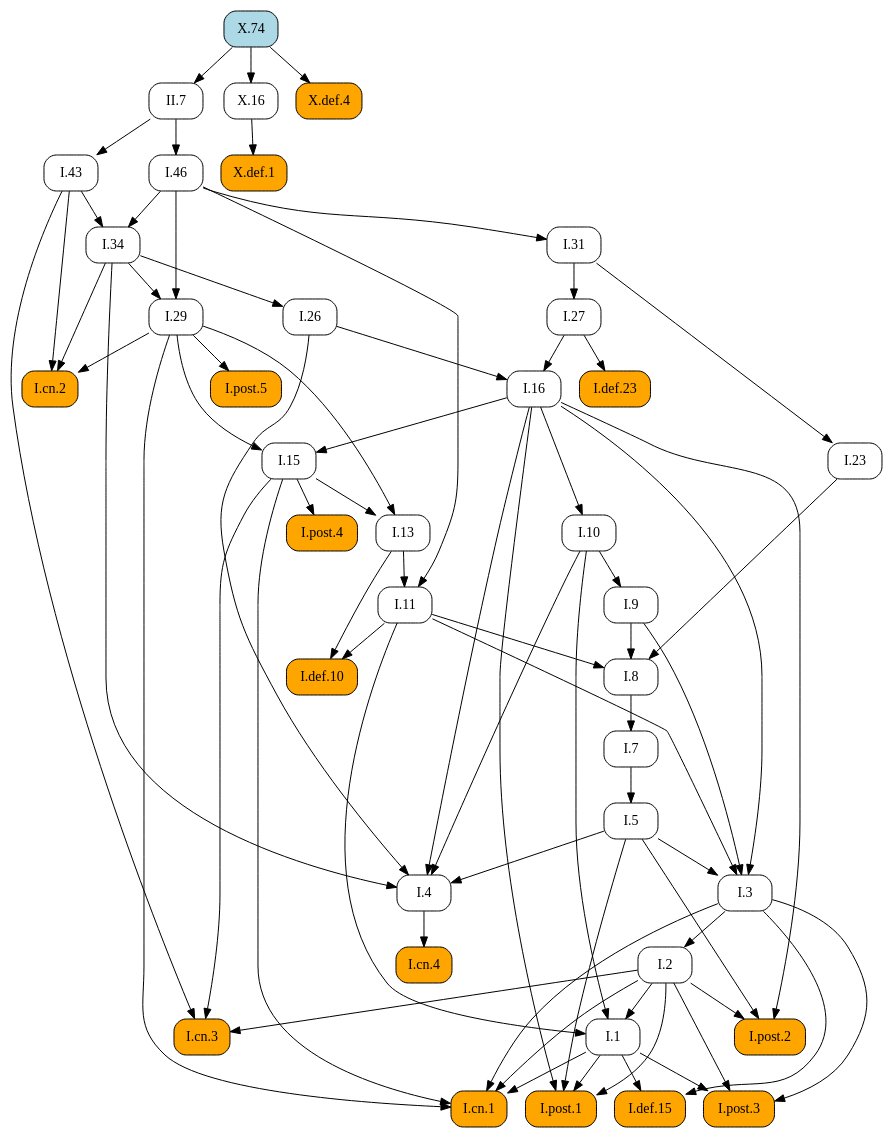
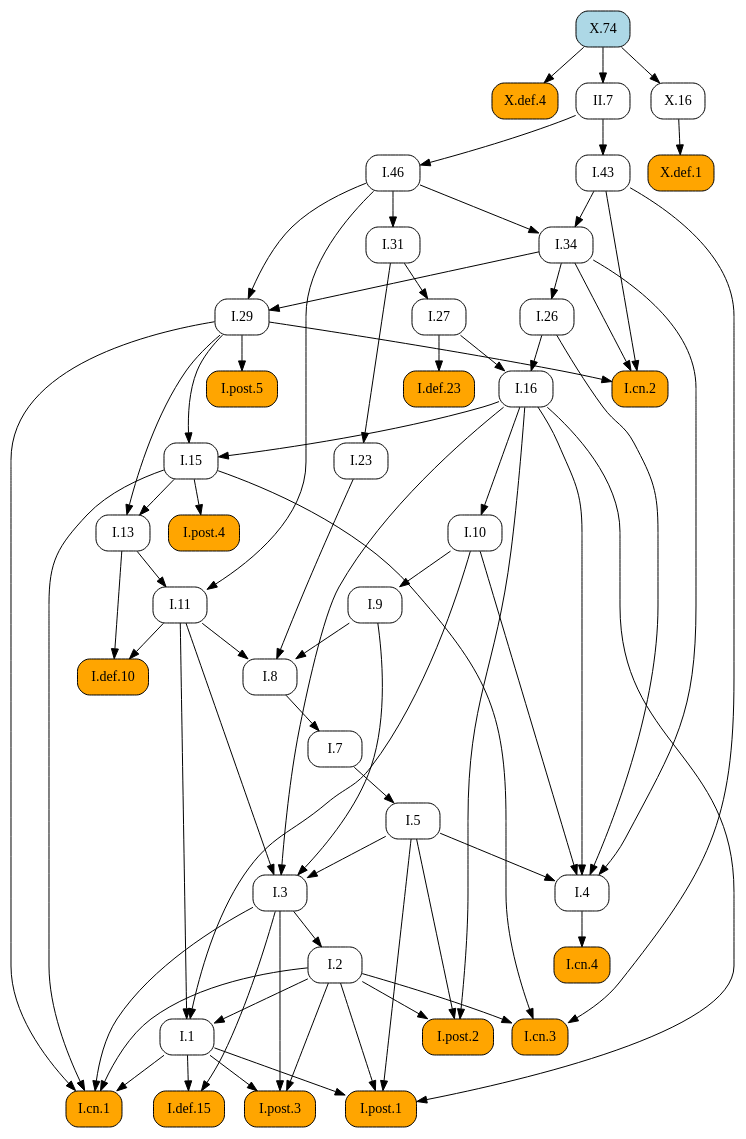
One commit to geometor/elements changed the diagram in docsrc/heath/X/74/index.rst. Above: the diagram before and after it, drawn with Graphviz. The commit also changed other lines of this file and 484 other files, not shown here.

```diff
--- a/docsrc/heath/X/74/index.rst
+++ b/docsrc/heath/X/74/index.rst
@@ -39,113 +39,113 @@
    digraph {
      rankdir="TB";
      node [shape=box, style=rounded];
-     "I.def.10" [style="rounded,filled", fillcolor=orange, URL="/heath/I/def.10/", target="_top"];
-     "I.11" [URL="/heath/I/11/", target="_top"];
-     "I.post.4" [style="rounded,filled", fillcolor=orange, URL="/heath/I/post.4/", target="_top"];
-     "I.1" [URL="/heath/I/1/", target="_top"];
-     "I.26" [URL="/heath/I/26/", target="_top"];
-     "I.29" [URL="/heath/I/29/", target="_top"];
-     "I.cn.2" [style="rounded,filled", fillcolor=orange, URL="/heath/I/cn.2/", target="_top"];
-     "X.def.1" [style="rounded,filled", fillcolor=orange, URL="/heath/X/def.1/", target="_top"];
+     "I.23" [URL="/heath/I/23/", target="_top"];
+     "I.9" [URL="/heath/I/9/", target="_top"];
      "I.def.15" [style="rounded,filled", fillcolor=orange, URL="/heath/I/def.15/", target="_top"];
      "I.post.3" [style="rounded,filled", fillcolor=orange, URL="/heath/I/post.3/", target="_top"];
-     "I.cn.1" [style="rounded,filled", fillcolor=orange, URL="/heath/I/cn.1/", target="_top"];
-     "I.cn.3" [style="rounded,filled", fillcolor=orange, URL="/heath/I/cn.3/", target="_top"];
-     "I.23" [URL="/heath/I/23/", target="_top"];
+     "I.post.1" [style="rounded,filled", fillcolor=orange, URL="/heath/I/post.1/", target="_top"];
      "I.43" [URL="/heath/I/43/", target="_top"];
-     "I.post.1" [style="rounded,filled", fillcolor=orange, URL="/heath/I/post.1/", target="_top"];
-     "I.10" [URL="/heath/I/10/", target="_top"];
+     "I.31" [URL="/heath/I/31/", target="_top"];
+     "I.def.10" [style="rounded,filled", fillcolor=orange, URL="/heath/I/def.10/", target="_top"];
+     "X.def.4" [style="rounded,filled", fillcolor=orange, URL="/heath/X/def.4/", target="_top"];
+     "X.74" [style="rounded,filled", fillcolor=lightblue, URL="/heath/X/74/", target="_top"];
      "I.27" [URL="/heath/I/27/", target="_top"];
-     "I.46" [URL="/heath/I/46/", target="_top"];
-     "I.7" [URL="/heath/I/7/", target="_top"];
+     "II.7" [URL="/heath/II/7/", target="_top"];
      "I.34" [URL="/heath/I/34/", target="_top"];
      "I.3" [URL="/heath/I/3/", target="_top"];
+     "I.cn.1" [style="rounded,filled", fillcolor=orange, URL="/heath/I/cn.1/", target="_top"];
+     "I.7" [URL="/heath/I/7/", target="_top"];
      "I.2" [URL="/heath/I/2/", target="_top"];
+     "I.13" [URL="/heath/I/13/", target="_top"];
+     "I.post.4" [style="rounded,filled", fillcolor=orange, URL="/heath/I/post.4/", target="_top"];
+     "X.def.1" [style="rounded,filled", fillcolor=orange, URL="/heath/X/def.1/", target="_top"];
      "I.4" [URL="/heath/I/4/", target="_top"];
+     "X.16" [URL="/heath/X/16/", target="_top"];
+     "I.1" [URL="/heath/I/1/", target="_top"];
+     "I.5" [URL="/heath/I/5/", target="_top"];
+     "I.8" [URL="/heath/I/8/", target="_top"];
+     "I.29" [URL="/heath/I/29/", target="_top"];
+     "I.cn.3" [style="rounded,filled", fillcolor=orange, URL="/heath/I/cn.3/", target="_top"];
+     "I.16" [URL="/heath/I/16/", target="_top"];
+     "I.15" [URL="/heath/I/15/", target="_top"];
+     "I.10" [URL="/heath/I/10/", target="_top"];
+     "I.11" [URL="/heath/I/11/", target="_top"];
      "I.def.23" [style="rounded,filled", fillcolor=orange, URL="/heath/I/def.23/", target="_top"];
-     "I.13" [URL="/heath/I/13/", target="_top"];
-     "II.7" [URL="/heath/II/7/", target="_top"];
-     "I.31" [URL="/heath/I/31/", target="_top"];
+     "I.cn.2" [style="rounded,filled", fillcolor=orange, URL="/heath/I/cn.2/", target="_top"];
+     "I.post.5" [style="rounded,filled", fillcolor=orange, URL="/heath/I/post.5/", target="_top"];
+     "I.cn.4" [style="rounded,filled", fillcolor=orange, URL="/heath/I/cn.4/", target="_top"];
      "I.post.2" [style="rounded,filled", fillcolor=orange, URL="/heath/I/post.2/", target="_top"];
-     "I.16" [URL="/heath/I/16/", target="_top"];
-     "I.9" [URL="/heath/I/9/", target="_top"];
-     "X.16" [URL="/heath/X/16/", target="_top"];
-     "I.8" [URL="/heath/I/8/", target="_top"];
-     "I.cn.4" [style="rounded,filled", fillcolor=orange, URL="/heath/I/cn.4/", target="_top"];
-     "I.15" [URL="/heath/I/15/", target="_top"];
-     "I.post.5" [style="rounded,filled", fillcolor=orange, URL="/heath/I/post.5/", target="_top"];
-     "X.74" [style="rounded,filled", fillcolor=lightblue, URL="/heath/X/74/", target="_top"];
-     "X.def.4" [style="rounded,filled", fillcolor=orange, URL="/heath/X/def.4/", target="_top"];
-     "I.5" [URL="/heath/I/5/", target="_top"];
-     "I.11" -> "I.def.10";
-     "I.13" -> "I.def.10";
-     "I.13" -> "I.11";
-     "I.46" -> "I.11";
-     "I.15" -> "I.post.4";
-     "I.2" -> "I.1";
-     "I.10" -> "I.1";
-     "I.11" -> "I.1";
-     "I.34" -> "I.26";
-     "I.34" -> "I.29";
-     "I.46" -> "I.29";
-     "I.29" -> "I.cn.2";
-     "I.34" -> "I.cn.2";
-     "I.43" -> "I.cn.2";
-     "X.16" -> "X.def.1";
+     "I.46" [URL="/heath/I/46/", target="_top"];
+     "I.26" [URL="/heath/I/26/", target="_top"];
+     "I.31" -> "I.23";
+     "I.10" -> "I.9";
      "I.1" -> "I.def.15";
      "I.3" -> "I.def.15";
      "I.1" -> "I.post.3";
      "I.2" -> "I.post.3";
      "I.3" -> "I.post.3";
-     "I.1" -> "I.cn.1";
-     "I.2" -> "I.cn.1";
-     "I.3" -> "I.cn.1";
-     "I.15" -> "I.cn.1";
-     "I.29" -> "I.cn.1";
-     "I.2" -> "I.cn.3";
-     "I.15" -> "I.cn.3";
-     "I.43" -> "I.cn.3";
-     "I.31" -> "I.23";
-     "II.7" -> "I.43";
      "I.1" -> "I.post.1";
      "I.2" -> "I.post.1";
      "I.5" -> "I.post.1";
      "I.16" -> "I.post.1";
-     "I.16" -> "I.10";
+     "II.7" -> "I.43";
+     "I.46" -> "I.31";
+     "I.11" -> "I.def.10";
+     "I.13" -> "I.def.10";
+     "X.74" -> "X.def.4";
      "I.31" -> "I.27";
-     "II.7" -> "I.46";
-     "I.8" -> "I.7";
+     "X.74" -> "II.7";
      "I.43" -> "I.34";
      "I.46" -> "I.34";
      "I.5" -> "I.3";
      "I.9" -> "I.3";
      "I.11" -> "I.3";
      "I.16" -> "I.3";
+     "I.1" -> "I.cn.1";
+     "I.2" -> "I.cn.1";
+     "I.3" -> "I.cn.1";
+     "I.15" -> "I.cn.1";
+     "I.29" -> "I.cn.1";
+     "I.8" -> "I.7";
      "I.3" -> "I.2";
+     "I.15" -> "I.13";
+     "I.29" -> "I.13";
+     "I.15" -> "I.post.4";
+     "X.16" -> "X.def.1";
      "I.5" -> "I.4";
      "I.10" -> "I.4";
      "I.16" -> "I.4";
      "I.26" -> "I.4";
      "I.34" -> "I.4";
+     "X.74" -> "X.16";
+     "I.2" -> "I.1";
+     "I.10" -> "I.1";
+     "I.11" -> "I.1";
+     "I.7" -> "I.5";
+     "I.9" -> "I.8";
+     "I.11" -> "I.8";
+     "I.23" -> "I.8";
+     "I.34" -> "I.29";
+     "I.46" -> "I.29";
+     "I.2" -> "I.cn.3";
+     "I.15" -> "I.cn.3";
+     "I.43" -> "I.cn.3";
+     "I.26" -> "I.16";
+     "I.27" -> "I.16";
+     "I.16" -> "I.15";
+     "I.29" -> "I.15";
+     "I.16" -> "I.10";
+     "I.13" -> "I.11";
+     "I.46" -> "I.11";
      "I.27" -> "I.def.23";
-     "I.15" -> "I.13";
-     "I.29" -> "I.13";
-     "X.74" -> "II.7";
-     "I.46" -> "I.31";
+     "I.29" -> "I.cn.2";
+     "I.34" -> "I.cn.2";
+     "I.43" -> "I.cn.2";
+     "I.29" -> "I.post.5";
+     "I.4" -> "I.cn.4";
      "I.2" -> "I.post.2";
      "I.5" -> "I.post.2";
      "I.16" -> "I.post.2";
-     "I.26" -> "I.16";
-     "I.27" -> "I.16";
-     "I.10" -> "I.9";
-     "X.74" -> "X.16";
-     "I.9" -> "I.8";
-     "I.11" -> "I.8";
-     "I.23" -> "I.8";
-     "I.4" -> "I.cn.4";
-     "I.16" -> "I.15";
-     "I.29" -> "I.15";
-     "I.29" -> "I.post.5";
-     "X.74" -> "X.def.4";
-     "I.7" -> "I.5";
+     "II.7" -> "I.46";
+     "I.34" -> "I.26";
    }
```
